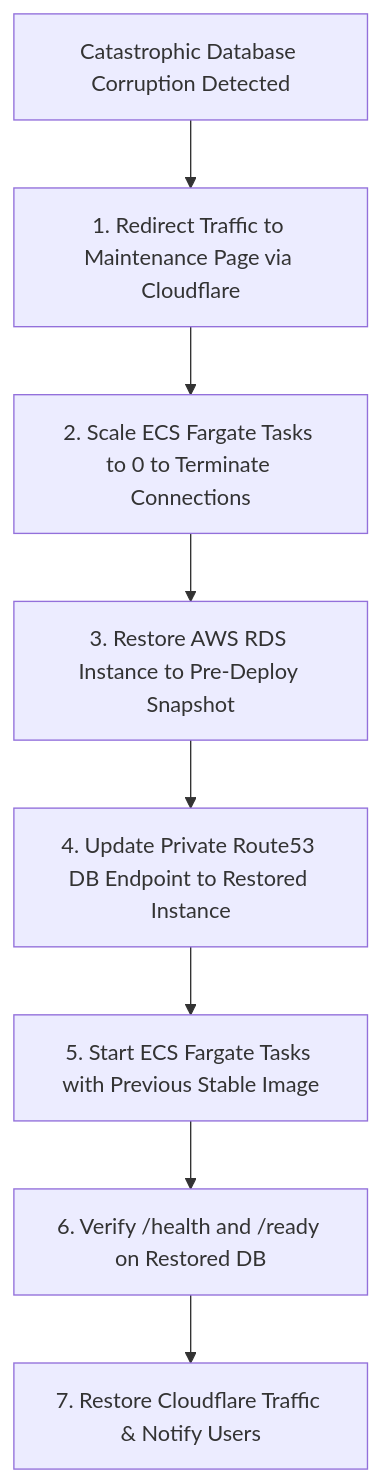
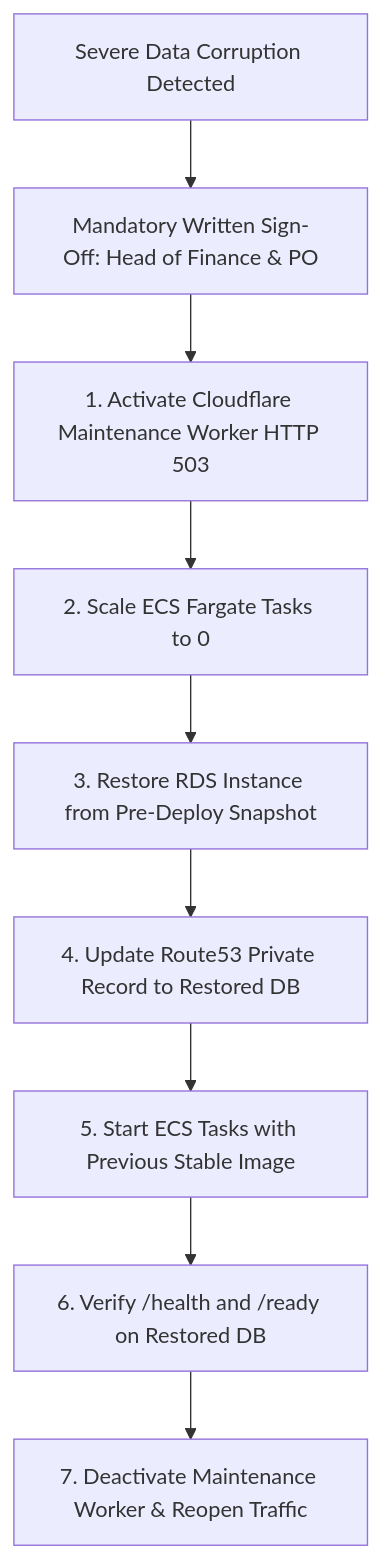
The second of 2 diagrams in docs/runbooks/COLLECTFLOW_RELEASE_AND_ROLLBACK_RUNBOOK.md (AnishB-Personal/collectflow), drawn with Mermaid before and after one commit. The commit also changed other lines of this file and 3 other files, not shown here.

````diff
--- a/docs/runbooks/COLLECTFLOW_RELEASE_AND_ROLLBACK_RUNBOOK.md
+++ b/docs/runbooks/COLLECTFLOW_RELEASE_AND_ROLLBACK_RUNBOOK.md
@@ -232,10 +234,11 @@
 ```mermaid
 flowchart TD
-    Incident[Catastrophic Database Corruption Detected] --> StopTraffic[1. Redirect Traffic to Maintenance Page via Cloudflare]
-    StopTraffic --> StopECS[2. Scale ECS Fargate Tasks to 0 to Terminate Connections]
-    StopECS --> RestoreRDS[3. Restore AWS RDS Instance to Pre-Deploy Snapshot]
-    RestoreRDS --> UpdateDNS[4. Update Private Route53 DB Endpoint to Restored Instance]
-    UpdateDNS --> RestartECS[5. Start ECS Fargate Tasks with Previous Stable Image]
+    Incident[Severe Data Corruption Detected] --> Auth[Mandatory Written Sign-Off: Head of Finance & PO]
+    Auth --> StopTraffic[1. Activate Cloudflare Maintenance Worker HTTP 503]
+    StopTraffic --> StopECS[2. Scale ECS Fargate Tasks to 0]
+    StopECS --> RestoreRDS[3. Restore RDS Instance from Pre-Deploy Snapshot]
+    RestoreRDS --> UpdateDNS[4. Update Route53 Private Record to Restored DB]
+    UpdateDNS --> RestartECS[5. Start ECS Tasks with Previous Stable Image]
     RestartECS --> VerifyProbes[6. Verify /health and /ready on Restored DB]
-    VerifyProbes --> OpenTraffic[7. Restore Cloudflare Traffic & Notify Users]
+    VerifyProbes --> OpenTraffic[7. Deactivate Maintenance Worker & Reopen Traffic]
 ```
````
